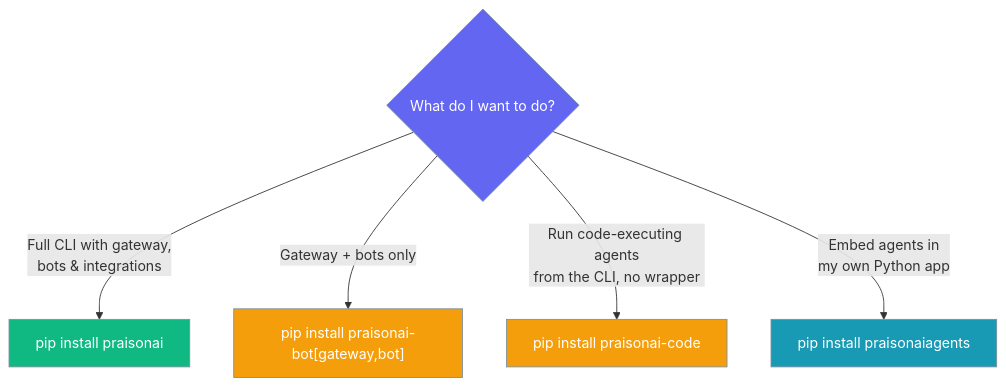
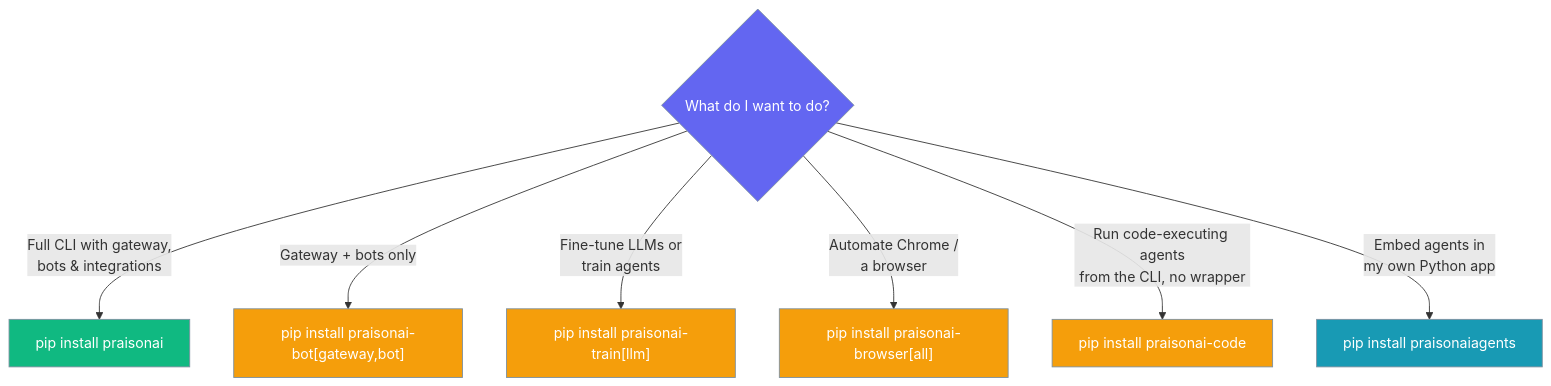
The second of 5 diagrams in docs/installation.mdx (MervinPraison/PraisonAIDocs), drawn with Mermaid before and after one commit. The commit also changed other lines of this file and 8 other files, not shown here.

Commit message:
docs: reflect praisonai-browser extraction across package-tier docs (six packages) (fixes #2034)

````diff
--- a/docs/installation.mdx
+++ b/docs/installation.mdx
@@ -111,14 +123,16 @@
 ```mermaid
 graph TB
     Q1{What do I want to do?}:::agent
 
     Q1 -->|Full CLI with gateway,\nbots & integrations| P1[pip install praisonai]:::success
     Q1 -->|Gateway + bots only| P4["pip install praisonai-bot[gateway,bot]"]:::process
+    Q1 -->|Fine-tune LLMs or\ntrain agents| P5["pip install praisonai-train[llm]"]:::process
+    Q1 -->|Automate Chrome /\na browser| P6["pip install praisonai-browser[all]"]:::process
     Q1 -->|Run code-executing agents\nfrom the CLI, no wrapper| P2[pip install praisonai-code]:::process
     Q1 -->|Embed agents in\nmy own Python app| P3[pip install praisonaiagents]:::tool
 
     classDef agent fill:#6366F1,stroke:#7C90A0,color:#fff
     classDef success fill:#10B981,stroke:#7C90A0,color:#fff
     classDef process fill:#F59E0B,stroke:#7C90A0,color:#fff
     classDef tool fill:#189AB4,stroke:#7C90A0,color:#fff
 ```
````
